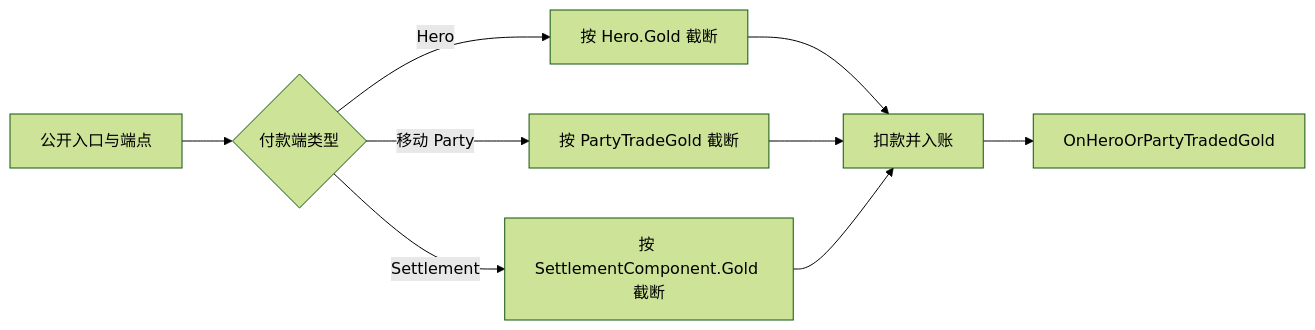
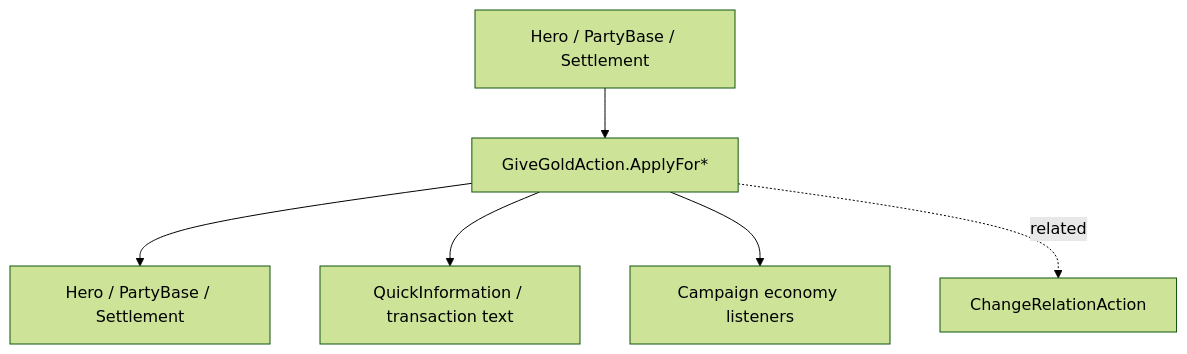
One commit to BannerlordCode/BannerlordCode.github.io changed the diagram in content/v1.4.5/zh/api/campaign-ext/GiveGoldAction.md. Above: the diagram before and after it, drawn with Mermaid (forest theme). The commit also changed other lines of this file and 5649 other files, not shown here.

Commit message:
docs: batch push uncommitted markdown (v1.3.15/zh + v1.4.5/zh API+architecture+guide+native, 5650 files)

````diff
--- a/content/v1.4.5/zh/api/campaign-ext/GiveGoldAction.md
+++ b/content/v1.4.5/zh/api/campaign-ext/GiveGoldAction.md
@@ -27,11 +30,8 @@
 ```mermaid
-flowchart LR
-    A[公开入口与端点] --> B{付款端类型}
-    B -->|Hero| C[按 Hero.Gold 截断]
-    B -->|移动 Party| D[按 PartyTradeGold 截断]
-    B -->|Settlement| E[按 SettlementComponent.Gold 截断]
-    C --> F[扣款并入账]
-    D --> F
-    E --> F
-    F --> G[OnHeroOrPartyTradedGold]
+graph TD
+    FROM[Hero / PartyBase / Settlement] --> ACTION[GiveGoldAction.ApplyFor*]
+    ACTION --> TO[Hero / PartyBase / Settlement]
+    ACTION --> INFO[QuickInformation / transaction text]
+    ACTION --> EVENTS[Campaign economy listeners]
+    ACTION -. related .-> REL[ChangeRelationAction]
 ```
````
